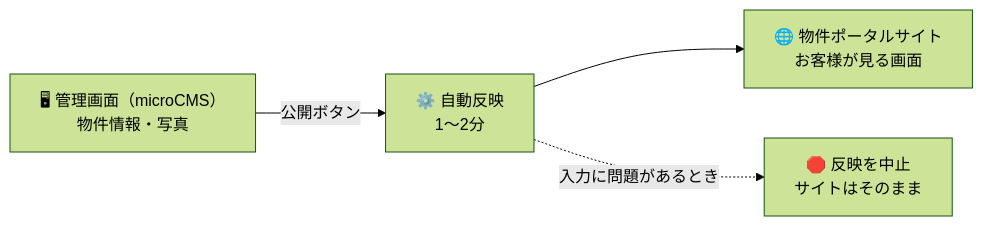
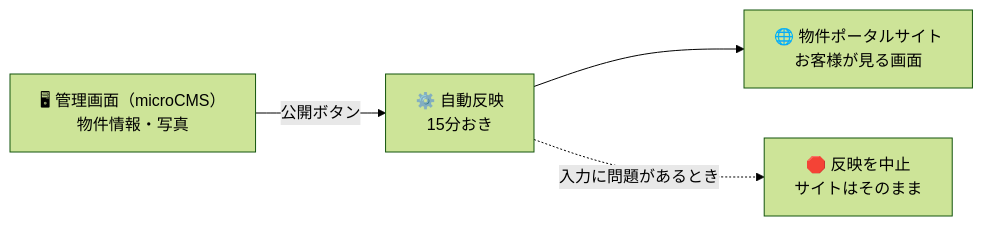
Before and after one commit to eiichiromukai-tech/ai-lp: the diagram in MANUAL.md, drawn with Mermaid (forest theme). The commit also changed other lines of this file and 1 other file, not shown here.

````diff
--- a/MANUAL.md
+++ b/MANUAL.md
@@ -37,6 +38,6 @@
 ```mermaid
 flowchart LR
-    A["🖥 管理画面（microCMS）<br/>物件情報・写真"] -->|公開ボタン| B["⚙️ 自動反映<br/>1〜2分"]
+    A["🖥 管理画面（microCMS）<br/>物件情報・写真"] -->|公開ボタン| B["⚙️ 自動反映<br/>15分おき"]
     B --> C["🌐 物件ポータルサイト<br/>お客様が見る画面"]
     B -.->|入力に問題があるとき| D["🛑 反映を中止<br/>サイトはそのまま"]
 ```
````
